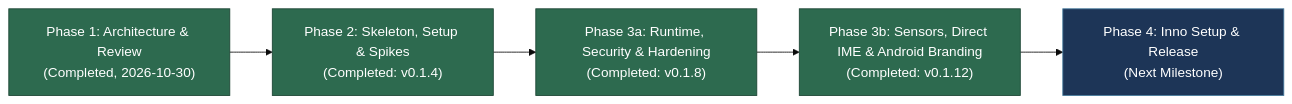
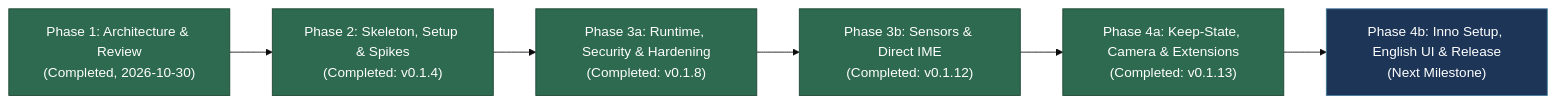
Before and after one commit to OrcusExtreme/Orcus_APK_Emulator: the diagram in README.md, drawn with Mermaid (base theme). The commit also changed other lines of this file and 60 other files, not shown here.

````diff
--- a/README.md
+++ b/README.md
@@ -90,12 +90,14 @@
 ```mermaid
 flowchart LR
     A["Phase 1: Architecture & Review<br/>(Completed, 2026-10-30)"] --> B["Phase 2: Skeleton, Setup & Spikes<br/>(Completed: v0.1.4)"]
     B --> C["Phase 3a: Runtime, Security & Hardening<br/>(Completed: v0.1.8)"]
-    C --> D["Phase 3b: Sensors, Direct IME & Android Branding<br/>(Completed: v0.1.12)"]
-    D --> E["Phase 4: Inno Setup & Release<br/>(Next Milestone)"]
+    C --> D["Phase 3b: Sensors & Direct IME<br/>(Completed: v0.1.12)"]
+    D --> E["Phase 4a: Keep-State, Camera & Extensions<br/>(Completed: v0.1.13)"]
+    E --> F["Phase 4b: Inno Setup, English UI & Release<br/>(Next Milestone)"]
     style A fill:#2d6a4f,stroke:#1b4332,color:#fff
     style B fill:#2d6a4f,stroke:#1b4332,color:#fff
     style C fill:#2d6a4f,stroke:#1b4332,color:#fff
     style D fill:#2d6a4f,stroke:#1b4332,color:#fff
-    style E fill:#1d3557,stroke:#457b9d,color:#fff
+    style E fill:#2d6a4f,stroke:#1b4332,color:#fff
+    style F fill:#1d3557,stroke:#457b9d,color:#fff
 ```
````
